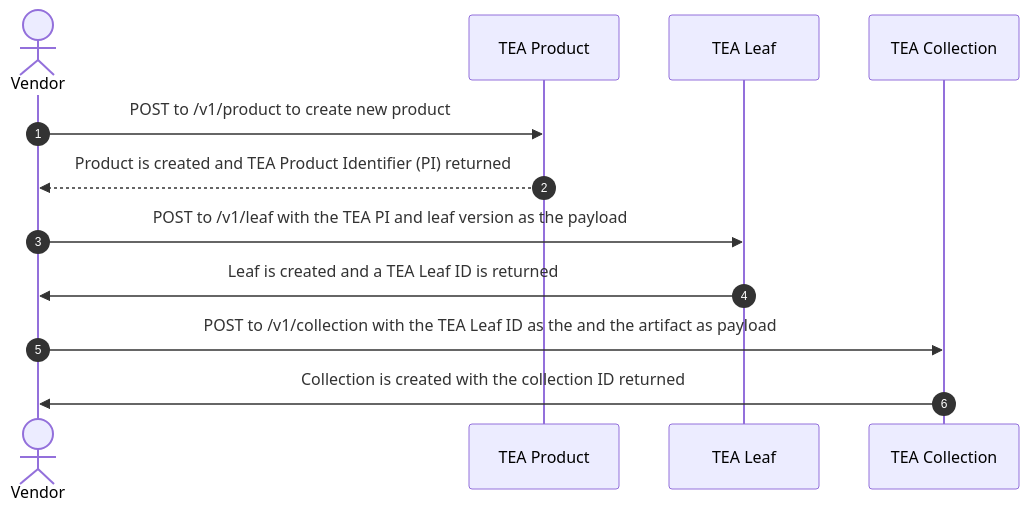
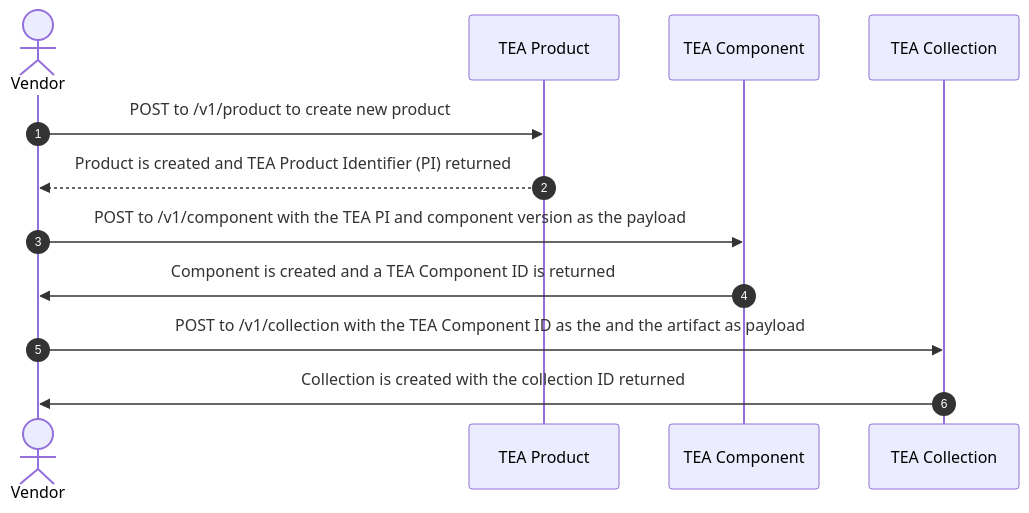
Before and after one commit to CycloneDX/transparency-exchange-api: the first of 3 diagrams in api-flow/publisher.md, drawn with Mermaid. The commit also changed other lines of this file and 4 other files, not shown here.

Commit message:
Renaming TEA LEAF to TEA COMPONENT

````diff
--- a/api-flow/publisher.md
+++ b/api-flow/publisher.md
@@ -5,19 +5,19 @@
 ```mermaid
 
 sequenceDiagram
     autonumber
     actor Vendor
     participant tea_product as TEA Product
-    participant tea_leaf as TEA Leaf
+    participant tea_component as TEA Component
     participant tea_collection as TEA Collection
 
     Vendor ->> tea_product: POST to /v1/product to create new product
     tea_product -->> Vendor: Product is created and TEA Product Identifier (PI) returned
 
-    Vendor ->> tea_leaf: POST to /v1/leaf with the TEA PI and leaf version as the payload
-    tea_leaf ->> Vendor: Leaf is created and a TEA Leaf ID is returned
+    Vendor ->> tea_component: POST to /v1/component with the TEA PI and component version as the payload
+    tea_component ->> Vendor: Component is created and a TEA Component ID is returned
 
-    Vendor ->> tea_collection: POST to /v1/collection with the TEA Leaf ID as the and the artifact as payload
+    Vendor ->> tea_collection: POST to /v1/collection with the TEA Component ID as the and the artifact as payload
     tea_collection ->> Vendor: Collection is created with the collection ID returned
 
 ```
````
